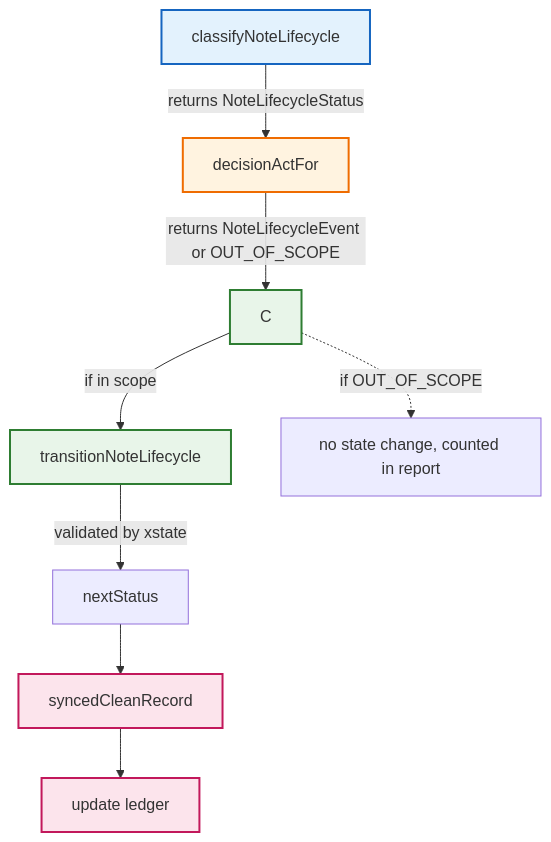
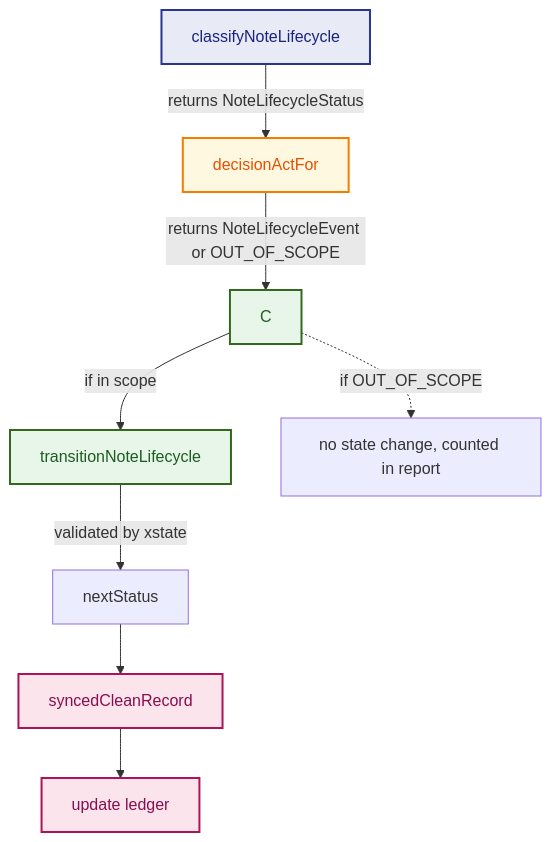
The fifth of 6 diagrams in docs/state-machine.md (Karol-Szykula/AnkiPalace), drawn with Mermaid before and after one commit. The commit also changed other lines of this file and 2 other files, not shown here.

````diff
--- a/docs/state-machine.md
+++ b/docs/state-machine.md
@@ -309,19 +309,19 @@
 ```mermaid
 flowchart TB
   A["classifyNoteLifecycle"] -->|returns NoteLifecycleStatus| B
   B["decisionActFor"] -->|returns NoteLifecycleEvent or OUT_OF_SCOPE| C
   C -->|if in scope| D["transitionNoteLifecycle"]
   D -->|validated by xstate| E["nextStatus"]
   E --> F["syncedCleanRecord"]
   F --> G["update ledger"]
   C -.->|if OUT_OF_SCOPE| H["no state change, counted in report"]
 
-  classDef entry fill:#e3f2fd,stroke:#1565c0,stroke-width:2px;
-  classDef decision fill:#fff3e0,stroke:#ef6c00,stroke-width:2px;
-  classDef transit fill:#e8f5e9,stroke:#2e7d32,stroke-width:2px;
-  classDef ledger fill:#fce4ec,stroke:#c2185b,stroke-width:2px;
+  classDef entry fill:#e8eaf6,stroke:#283593,stroke-width:2px,color:#1a237e;
+  classDef decision fill:#fff8e1,stroke:#f57c00,stroke-width:2px,color:#e65100;
+  classDef transit fill:#e8f5e9,stroke:#33691e,stroke-width:2px,color:#1b5e20;
+  classDef ledger fill:#fce4ec,stroke:#ad1457,stroke-width:2px,color:#880e4f;
   class A entry;
   class B decision;
   class C,D transit;
   class F,G ledger;
 ```
````
